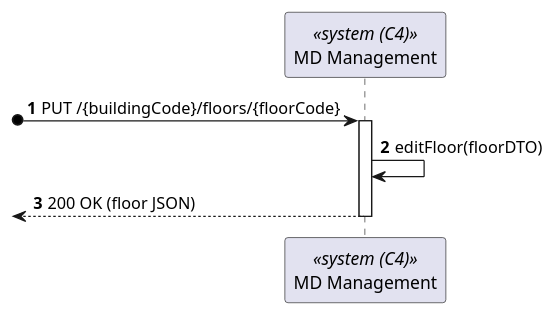
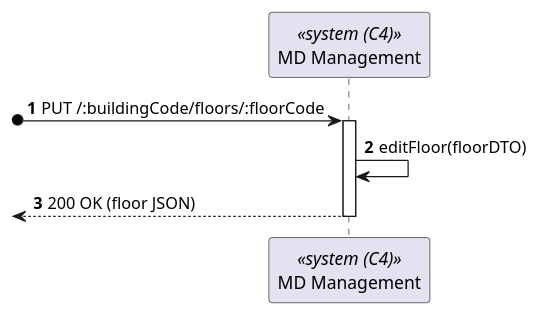
The diagram in _wiki/sprint-a/us06-200/views/level-2/process-view.puml (miseEnPlace-dev/lapr5), drawn with PlantUML before and after one commit. The commit also changed 2 other files, not shown here.

```diff
--- a/_wiki/sprint-a/us06-200/views/level-2/process-view.puml
+++ b/_wiki/sprint-a/us06-200/views/level-2/process-view.puml
@@ -1,13 +1,13 @@
 @startuml process-view
 autonumber
 participant SYS as "MD Management" <<system (C4)>>
 
 
-?o-> SYS : PUT /{buildingCode}/floors/{floorCode}
+?o-> SYS : PUT /:buildingCode/floors/:floorCode
 activate SYS
 
 SYS -> SYS : editFloor(floorDTO)
 <-- SYS : 200 OK (floor JSON)
 deactivate SYS
 
 @enduml
```
